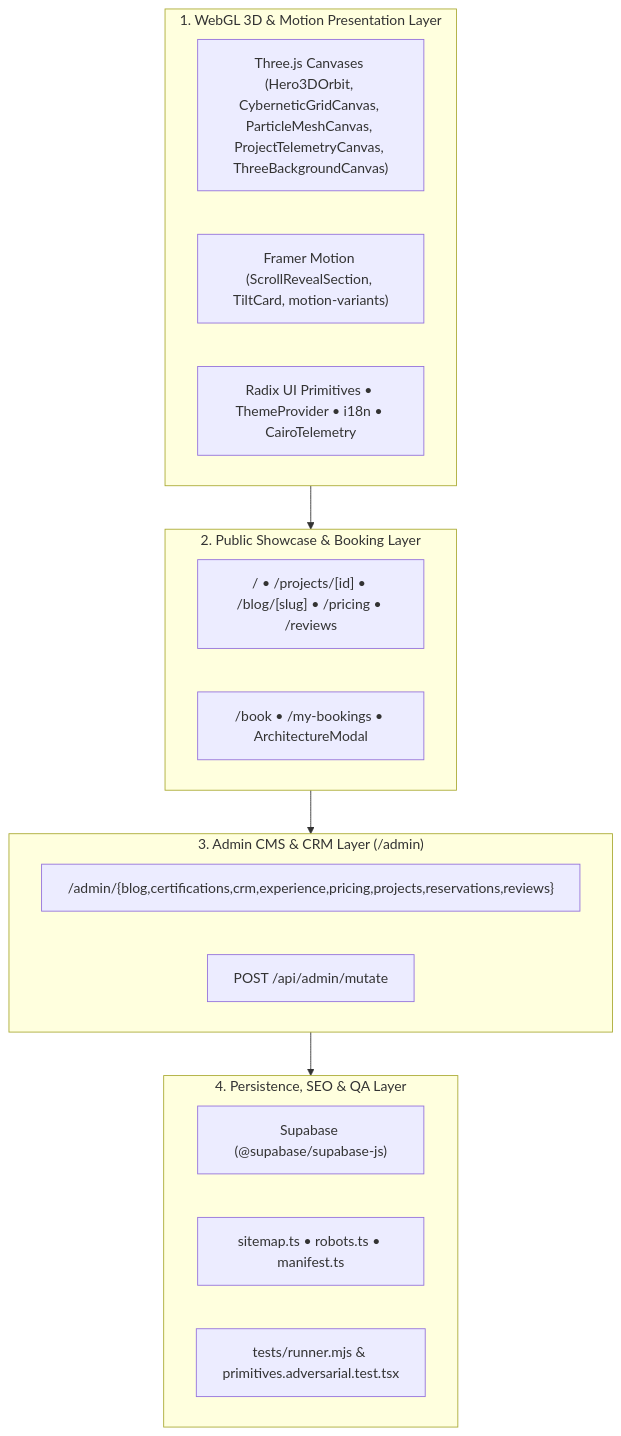
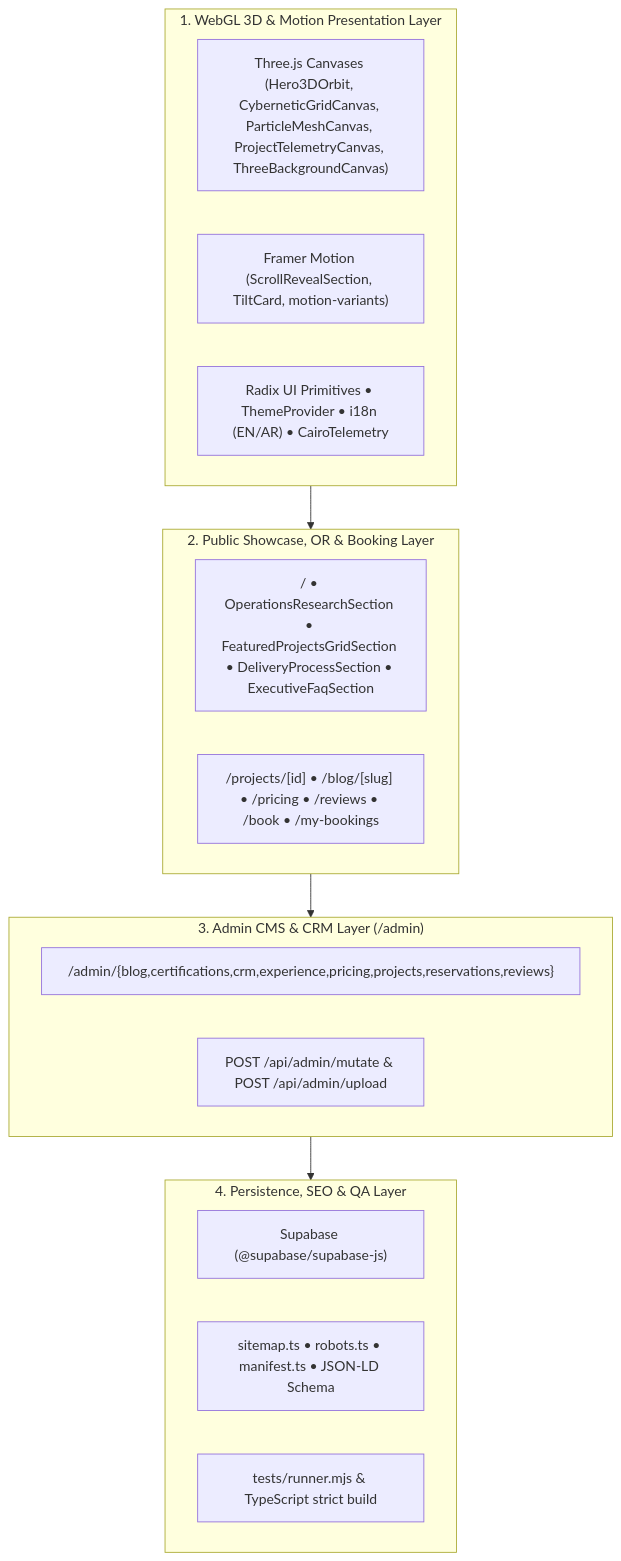
One commit to islamsamyy/ISLAMSAMYPROTOFILIO changed the diagram in README.md. Above: the diagram before and after it, drawn with Mermaid. The commit also changed other lines of this file and 30 other files, not shown here.

Commit message:
docs: add all page screenshots, Operations Research ROI documentation & WireCut OS updates

````diff
--- a/README.md
+++ b/README.md
@@ -34,26 +154,26 @@
 ```mermaid
 flowchart TB
     subgraph L1["1. WebGL 3D & Motion Presentation Layer"]
         Three["Three.js Canvases (Hero3DOrbit, CyberneticGridCanvas, ParticleMeshCanvas, ProjectTelemetryCanvas, ThreeBackgroundCanvas)"]
         Motion["Framer Motion (ScrollRevealSection, TiltCard, motion-variants)"]
-        UI["Radix UI Primitives • ThemeProvider • i18n • CairoTelemetry"]
+        UI["Radix UI Primitives • ThemeProvider • i18n (EN/AR) • CairoTelemetry"]
     end
 
-    subgraph L2["2. Public Showcase & Booking Layer"]
-        Pub["/ • /projects/[id] • /blog/[slug] • /pricing • /reviews"]
-        Book["/book • /my-bookings • ArchitectureModal"]
+    subgraph L2["2. Public Showcase, OR & Booking Layer"]
+        Pub["/ • OperationsResearchSection • FeaturedProjectsGridSection • DeliveryProcessSection • ExecutiveFaqSection"]
+        Funnel["/projects/[id] • /blog/[slug] • /pricing • /reviews • /book • /my-bookings"]
     end
 
     subgraph L3["3. Admin CMS & CRM Layer (/admin)"]
         Admin["/admin/{blog,certifications,crm,experience,pricing,projects,reservations,reviews}"]
-        Mutate["POST /api/admin/mutate"]
+        Mutate["POST /api/admin/mutate & POST /api/admin/upload"]
     end
 
     subgraph L4["4. Persistence, SEO & QA Layer"]
         Supa["Supabase (@supabase/supabase-js)"]
-        SEO["sitemap.ts • robots.ts • manifest.ts"]
-        QA["tests/runner.mjs & primitives.adversarial.test.tsx"]
+        SEO["sitemap.ts • robots.ts • manifest.ts • JSON-LD Schema"]
+        QA["tests/runner.mjs & TypeScript strict build"]
     end
 
     L1 --> L2 --> L3 --> L4
 ```
````
